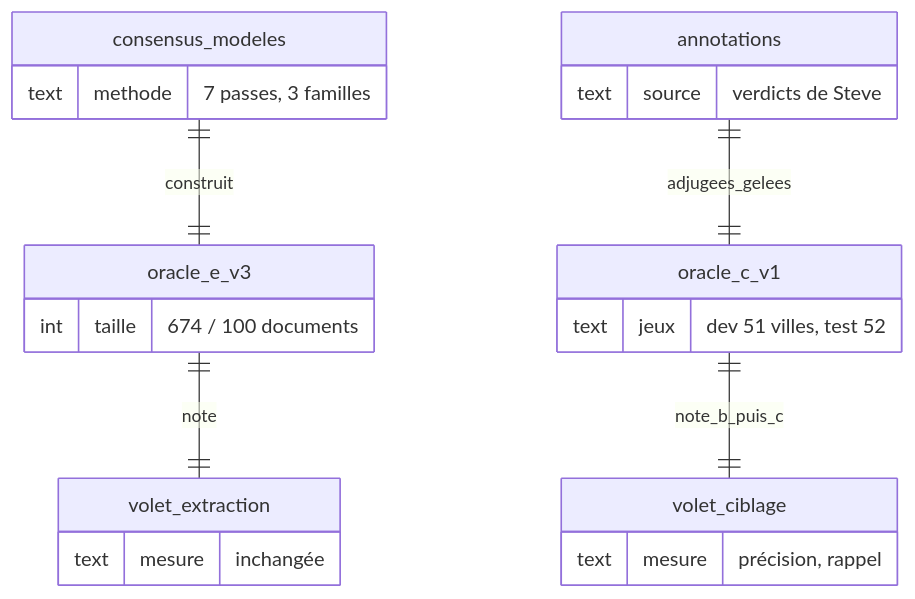
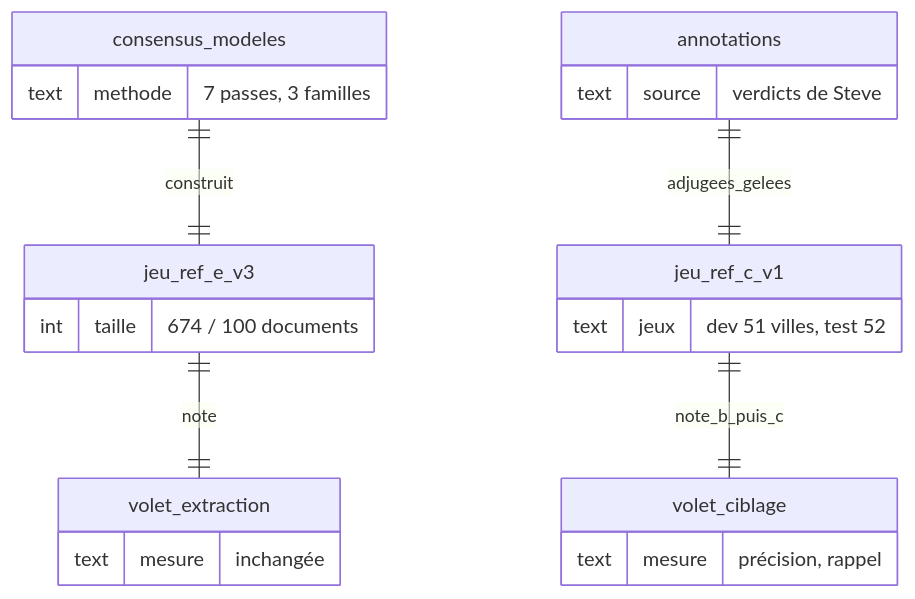
One commit to rhanka/radar-immobilier changed diagram 16 of 22 in docs/spec/reports/dossier-retours-steve/DOSSIER_DECISION_RETOURS_STEVE_2026-10-03.md. Above: the diagram before and after it, drawn with Mermaid. The commit also changed other lines of this file and 47 other files, not shown here.

````diff
--- a/docs/spec/reports/dossier-retours-steve/DOSSIER_DECISION_RETOURS_STEVE_2026-10-03.md
+++ b/docs/spec/reports/dossier-retours-steve/DOSSIER_DECISION_RETOURS_STEVE_2026-10-03.md
@@ -1534,25 +1786,25 @@
 ```mermaid
 erDiagram
-    consensus_modeles ||--|| oracle_e_v3 : construit
-    annotations ||--|| oracle_c_v1 : adjugees_gelees
-    oracle_e_v3 ||--|| volet_extraction : note
-    oracle_c_v1 ||--|| volet_ciblage : note_b_puis_c
+    consensus_modeles ||--|| jeu_ref_e_v3 : construit
+    annotations ||--|| jeu_ref_c_v1 : adjugees_gelees
+    jeu_ref_e_v3 ||--|| volet_extraction : note
+    jeu_ref_c_v1 ||--|| volet_ciblage : note_b_puis_c
     consensus_modeles {
       text methode "7 passes, 3 familles"
     }
     annotations {
       text source "verdicts de Steve"
     }
-    oracle_e_v3 {
+    jeu_ref_e_v3 {
       int taille "674 / 100 documents"
     }
-    oracle_c_v1 {
+    jeu_ref_c_v1 {
       text jeux "dev 51 villes, test 52"
     }
     volet_extraction {
       text mesure "inchangée"
     }
     volet_ciblage {
       text mesure "précision, rappel"
     }
 ```
````
